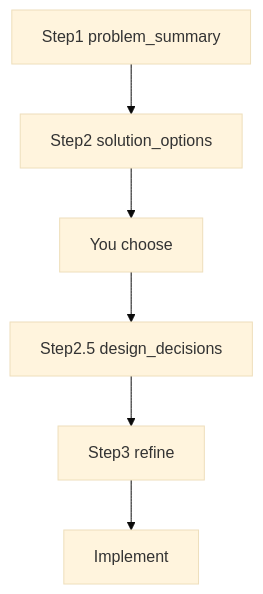
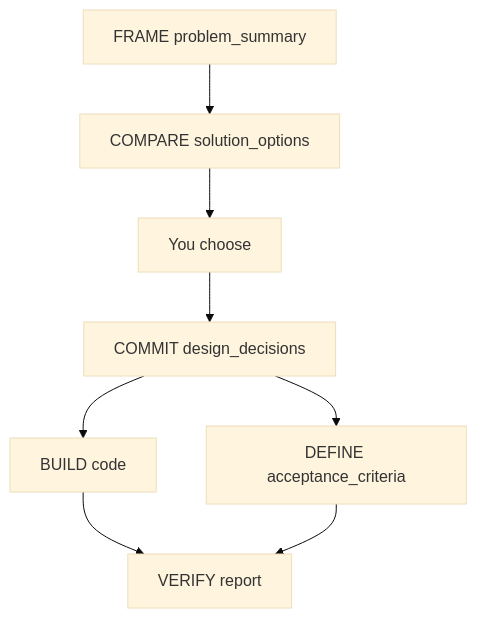
One commit to luke-karmic/lk-prompts changed the diagram in HOW_TO_USE.md. Above: the diagram before and after it, drawn with Mermaid (base theme). The commit also changed other lines of this file and 12 other files, not shown here.

````diff
--- a/HOW_TO_USE.md
+++ b/HOW_TO_USE.md
@@ -47,15 +95,18 @@
 ```mermaid
 flowchart TD
-  S1[Step1 problem_summary]
-  S2[Step2 solution_options]
+  F[FRAME problem_summary]
+  C[COMPARE solution_options]
   Pick[You choose]
-  S25[Step2.5 design_decisions]
-  S3[Step3 refine]
-  Impl[Implement]
+  Co[COMMIT design_decisions]
+  B[BUILD code]
+  D[DEFINE acceptance_criteria]
+  V[VERIFY report]
 
-  S1 --> S2
-  S2 --> Pick
-  Pick --> S25
-  S25 --> S3
-  S3 --> Impl
+  F --> C
+  C --> Pick
+  Pick --> Co
+  Co --> B
+  Co --> D
+  B --> V
+  D --> V
 ```
````
